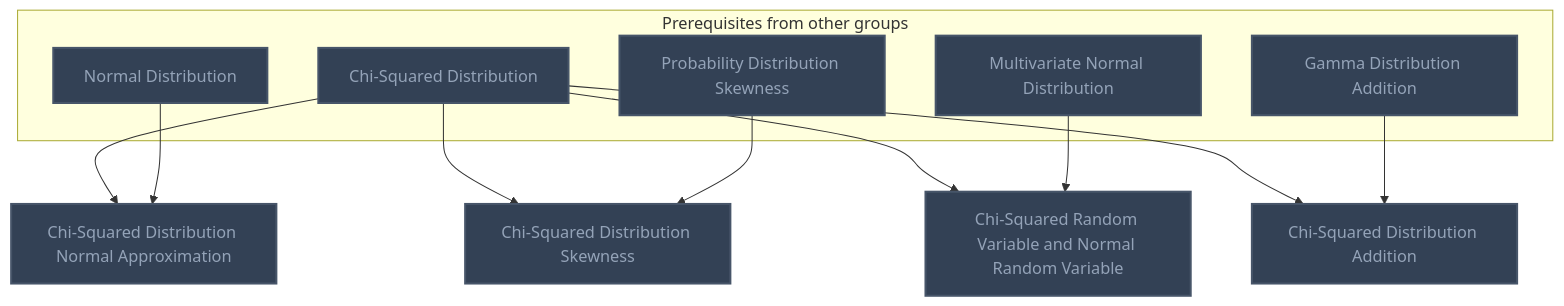
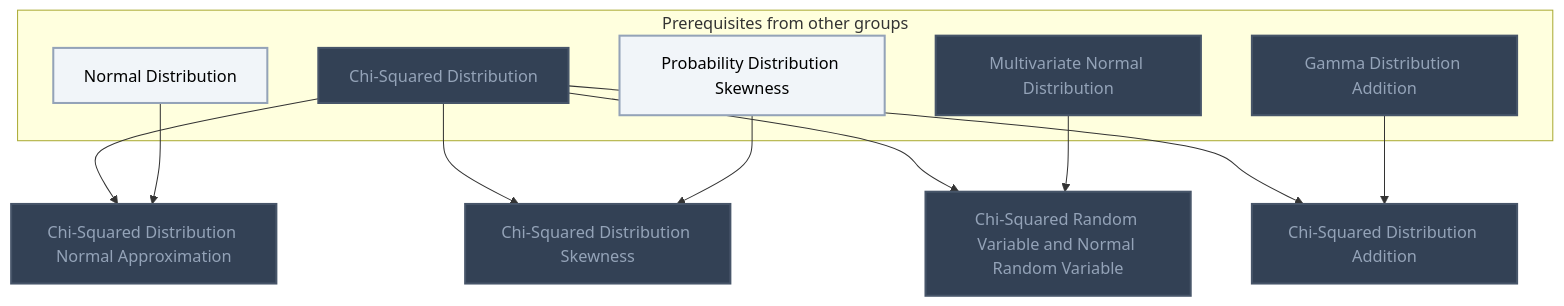
The third of 11 diagrams in Gamification/Skill Trees/Categorical Variable Prediction.md (MRauf1/My-Notes), drawn with Mermaid before and after one commit. The commit also changed other lines of this file and 145 other files, not shown here.

````diff
--- a/Gamification/Skill Trees/Categorical Variable Prediction.md
+++ b/Gamification/Skill Trees/Categorical Variable Prediction.md
@@ -169,33 +170,34 @@
 ```mermaid
 flowchart TD
     classDef planned fill:#1E293B,stroke:#64748B,stroke-width:2px,stroke-dasharray:5 5,color:#94A3B8;
     classDef locked fill:#334155,stroke:#475569,stroke-width:2px,color:#94A3B8;
     classDef L0 fill:#F1F5F9,stroke:#94A3B8,stroke-width:2px,color:#000000;
     classDef L1 fill:#22C55E,stroke:#15803D,stroke-width:2px,color:#000000;
     classDef L2 fill:#3B82F6,stroke:#1D4ED8,stroke-width:3px,color:#FFFFFF;
     classDef L3 fill:#A855F7,stroke:#6B21A8,stroke-width:3px,color:#FFFFFF,font-weight:bold;
     classDef L4 fill:#F97316,stroke:#C2410C,stroke-width:4px,color:#000000,font-weight:bold;
     classDef L5 fill:#FFD700,stroke:#FF8C00,stroke-width:5px,color:#000000,font-weight:bold;
     classDef rusty stroke:#8B4513,stroke-width:4px,stroke-dasharray:3 3;
     subgraph sg_prereqs["Prerequisites from other groups"]
         n_chi_squared_distribution["Chi-Squared Distribution"]
         n_normal_distribution["Normal Distribution"]
         n_probability_distribution_skewness["Probability Distribution Skewness"]
         n_multivariate_normal_distribution["Multivariate Normal Distribution"]
         n_gamma_distribution_addition["Gamma Distribution Addition"]
     end
     n_chi_squared_distribution_normal_approximation["Chi-Squared Distribution Normal Approximation"]
     n_chi_squared_distribution_skewness["Chi-Squared Distribution Skewness"]
     n_chi_squared_random_variable_and_normal_random_variable["Chi-Squared Random Variable and Normal Random Variable"]
     n_chi_squared_distribution_addition["Chi-Squared Distribution Addition"]
     n_chi_squared_distribution --> n_chi_squared_distribution_normal_approximation
     n_normal_distribution --> n_chi_squared_distribution_normal_approximation
     n_chi_squared_distribution --> n_chi_squared_distribution_skewness
     n_probability_distribution_skewness --> n_chi_squared_distribution_skewness
     n_chi_squared_distribution --> n_chi_squared_random_variable_and_normal_random_variable
     n_multivariate_normal_distribution --> n_chi_squared_random_variable_and_normal_random_variable
     n_chi_squared_distribution --> n_chi_squared_distribution_addition
     n_gamma_distribution_addition --> n_chi_squared_distribution_addition
-    class n_chi_squared_distribution,n_normal_distribution,n_probability_distribution_skewness,n_multivariate_normal_distribution,n_gamma_distribution_addition,n_chi_squared_distribution_normal_approximation,n_chi_squared_distribution_skewness,n_chi_squared_random_variable_and_normal_random_variable,n_chi_squared_distribution_addition locked;
+    class n_chi_squared_distribution,n_multivariate_normal_distribution,n_gamma_distribution_addition,n_chi_squared_distribution_normal_approximation,n_chi_squared_distribution_skewness,n_chi_squared_random_variable_and_normal_random_variable,n_chi_squared_distribution_addition locked;
+    class n_normal_distribution,n_probability_distribution_skewness L0;
     class n_chi_squared_distribution,n_normal_distribution,n_probability_distribution_skewness,n_multivariate_normal_distribution,n_gamma_distribution_addition,n_chi_squared_distribution_normal_approximation,n_chi_squared_distribution_skewness,n_chi_squared_random_variable_and_normal_random_variable,n_chi_squared_distribution_addition internal-link;
 ```
````
